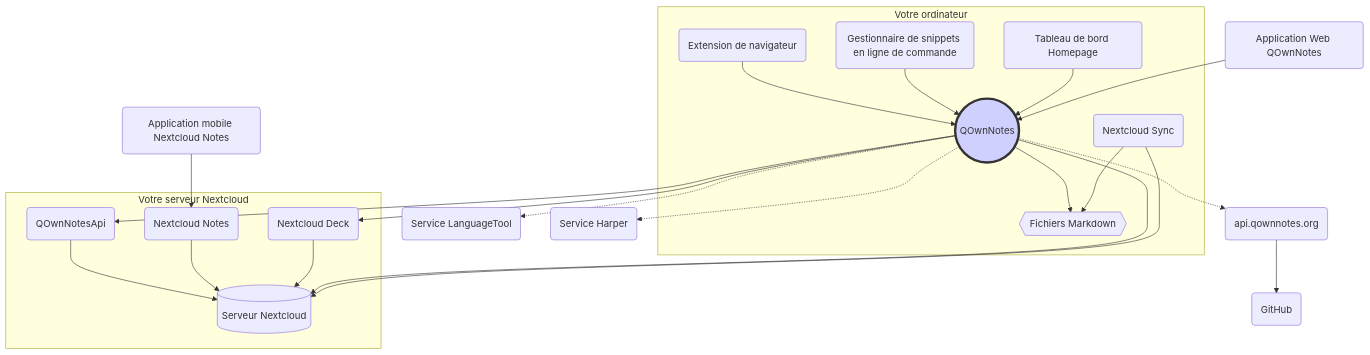
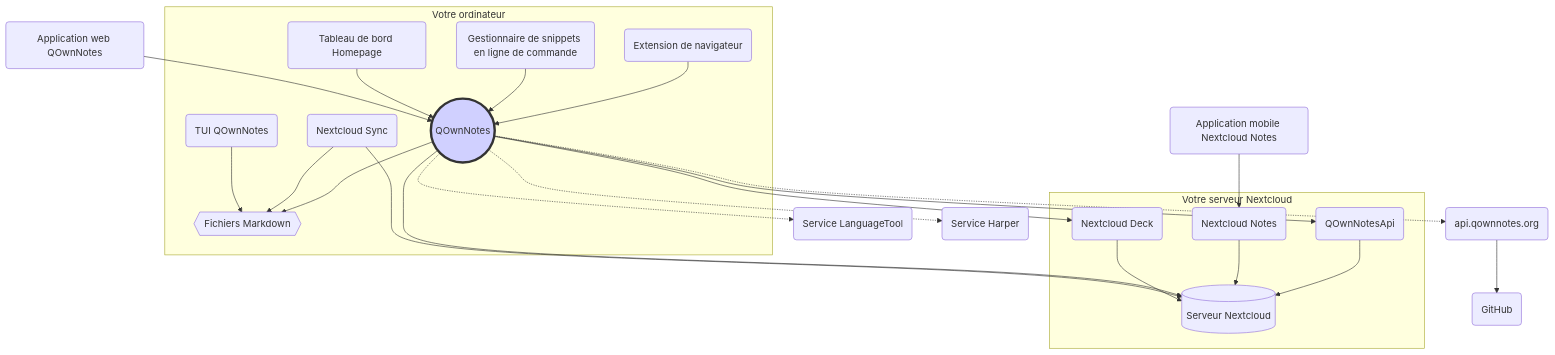
One commit to pbek/QOwnNotes changed the diagram in webpage/src/fr/getting-started/concept.md. Above: the diagram before and after it, drawn with Mermaid. The commit also changed other lines of this file and 156 other files, not shown here.

````diff
--- a/webpage/src/fr/getting-started/concept.md
+++ b/webpage/src/fr/getting-started/concept.md
@@ -13,43 +13,45 @@
 ```mermaid
 graph TB
     subgraph Votre ordinateur
         qon((QOwnNotes))-->md{{"Fichiers Markdown"}}
         sync("Nextcloud Sync")-->md
         qon-comp("Extension de navigateur")-->qon
         qc("Gestionnaire de snippets en ligne de commande")-->qon
+        tui("TUI QOwnNotes")-->md
         homepage("Tableau de bord Homepage")-->qon
     end
     subgraph Votre serveur Nextcloud
         qon-api("QOwnNotesApi")-->ncs[("Serveur Nextcloud")]
         nc-notes-app("Nextcloud Notes")-->ncs
         nc-deck-app("Nextcloud Deck")-->ncs
     end
 
     nc-notes-mob("Application mobile Nextcloud Notes")-->nc-notes-app
-    qon-web-app("Application Web QOwnNotes")-->qon
+    qon-web-app("Application web QOwnNotes")-->qon
     qon-->qon-api
     qon-->ncs
     qon-->nc-deck-app
     sync-->ncs
     qon-.->lt("Service LanguageTool")
     qon-.->harper("Service Harper")
     qon-.->qon-web-api("api.qownnotes.org")
     qon-web-api-->github("GitHub")
 
     style qon fill:#d0d0ff,stroke:#333,stroke-width:4px
-    click qon "/getting-started/concept.html#qownnotes" "Application de bureau QOwnNotes pour gérer vos notes sur votre ordinateur"
-    click md "/getting-started/concept.html#markdown-note-files" "Markdown, médias et picès jointes dans votre dossier de notes"
-    click qon-comp "/getting-started/concept.html#qownnotes-browser-extension" "Extension de navigateur QOwnNotes pour gérer vos signets dans des fichiers Markdown et qui sert aussi de clipper web"
-    click qc "/getting-started/concept.html#qownnotes-command-line-snippet-manager" "Gestionnaire de snippets en ligne de commande QOwnNotes"
-    click homepage "/getting-started/concept.html#homepage-dashboard" "Tableau de bord Homepage utilisant les suggestions de signets QOwnNotes"
-    click sync "/getting-started/concept.html#nextcloud-desktop-sync-client" "Client de bureau de synchronisation Nextcloud pour synchroniser vos notes avec votre serveur"
-    click ncs "/getting-started/concept.html#nextcloud-server" "Serveur Nextcloud pour stocker vos notes et vos fichiers"
-    click qon-api "/getting-started/concept.html#qownnotesapi-nextcloud-app" "Application Nextcloud QOwnNotesAPI pour accéder votre corbeille du serveur et vos versions de notes"
-    click nc-notes-app "/getting-started/concept.html#nextcloud-notes-server-app" "Application serveur Nextcloud Notes pour gérer vos notes via une interface web"
-    click nc-notes-mob "/getting-started/concept.html#nextcloud-notes-mobile-app" "Application mobile Nextcloud Notes pour gérer vos notes sur votre téléphone portable"
-    click nc-deck-app "/getting-started/concept.html#nextcloud-deck-server-app" "Application serveur Nextcloud Deck pour gérer vos rappels et listes de tâches via une interface web"
-    click qon-web-app "/getting-started/concept.html#qownnotes-web-app" "Application Web QOwnNotes pour envoyer des photos depuis votre téléphone portable"
-    click lt "/editor/languagetool.html" "Serveur optionnel LanguageTool pour des vérifications de grammaire et de style"
-    click harper "/editor/harper.html" "Service optionnel Harper pour des vérifications hors-ligne de grammaire et de style"
-    click qon-web-api "/getting-started/concept.html#api-qownnotes-org"
+    click qon "/fr/getting-started/concept.html#qownnotes" "L’application de bureau QOwnNotes Desktop pour gérer vos notes sur votre ordinateur"
+    click md "/fr/getting-started/concept.html#fichiers-de-notes-en-markdown" "Markdown, média et pièces jointes dans votre dossier de notes"
+    click qon-comp "/fr/getting-started/concept.html#extension-de-navigateur-qownnotes" "Extension de navigateur QOwnNotes pour gérer les signets dans des fichiers Markdown et pour servir de web clipper"
+    click qc "/fr/getting-started/concept.html#gestionnaire-de-snippets-en-ligne-de-commande-de-qownnotes" "Gestionnaire de snippets en ligne de commande de QOwnNotes"
+    click tui "/fr/getting-started/concept.html#tui-qownnotes" "La TUI QOwnNotes, pour parcourir et modifier les notes de vos dossiers de notes dans le terminal"
+    click homepage "/fr/getting-started/concept.html#tableau-de-bord-homepage" "Tableau de bord Homepage utilisant les suggestions de signets de QOwnNotes"
+    click sync "/fr/getting-started/concept.html#client-de-synchronisation-nextcloud-pour-ordinateur-de-bureau" "Client de bureau de synchronisation Nextcloud pour synchroniser vos notes dans votre serveur"
+    click ncs "/fr/getting-started/concept.html#serveur-nextcloud" "Serveur Nextcloud pour stocker vos notes et vos autres fichiers"
+    click qon-api "/fr/getting-started/concept.html#application-qownnotesapi-pour-nextcloud" "Application Nextcloud QOwnNotesAPI pour accéder aux versions de notes et à la corbeille côté serveur"
+    click nc-notes-app "/fr/getting-started/concept.html#application-serveur-nextcloud-notes" "Application serveur Nextcloud Notes pour gérer vos notes sur le Web"
+    click nc-notes-mob "/fr/getting-started/concept.html#application-mobile-nextcloud-notes" "Application mobile Nextcloud Notes pour gérer vos notes sur votre téléphone portable"
+    click nc-deck-app "/fr/getting-started/concept.html#application-serveur-nextcloud-deck" "Application serveur Nextcloud Deck pour gérer vos rappels et vos listes de tâches sur le Web"
+    click qon-web-app "/fr/getting-started/concept.html#application-web-qownnotes" "Application Web QOwnNotes pour envoyer des photos depuis votre téléphone portable"
+    click lt "/fr/editor/languagetool.html" "Serveur LanguageTool optionnel pour vérifier la grammaire et le style"
+    click harper "/fr/editor/harper.html" "Service Harper hors-ligne et optionnel pour vérifier la grammaire et le style"
+    click qon-web-api "/fr/getting-started/concept.html#api-qownnotes-org"
 ```
````
